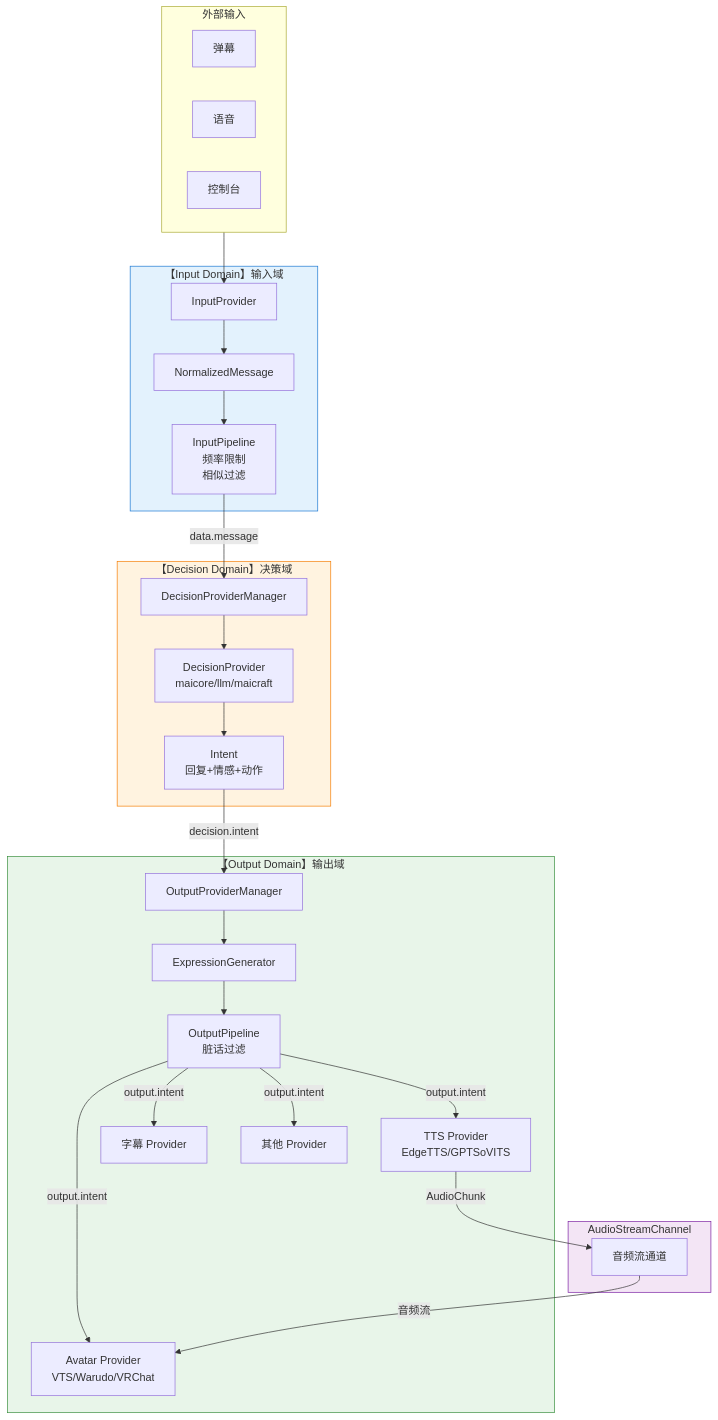
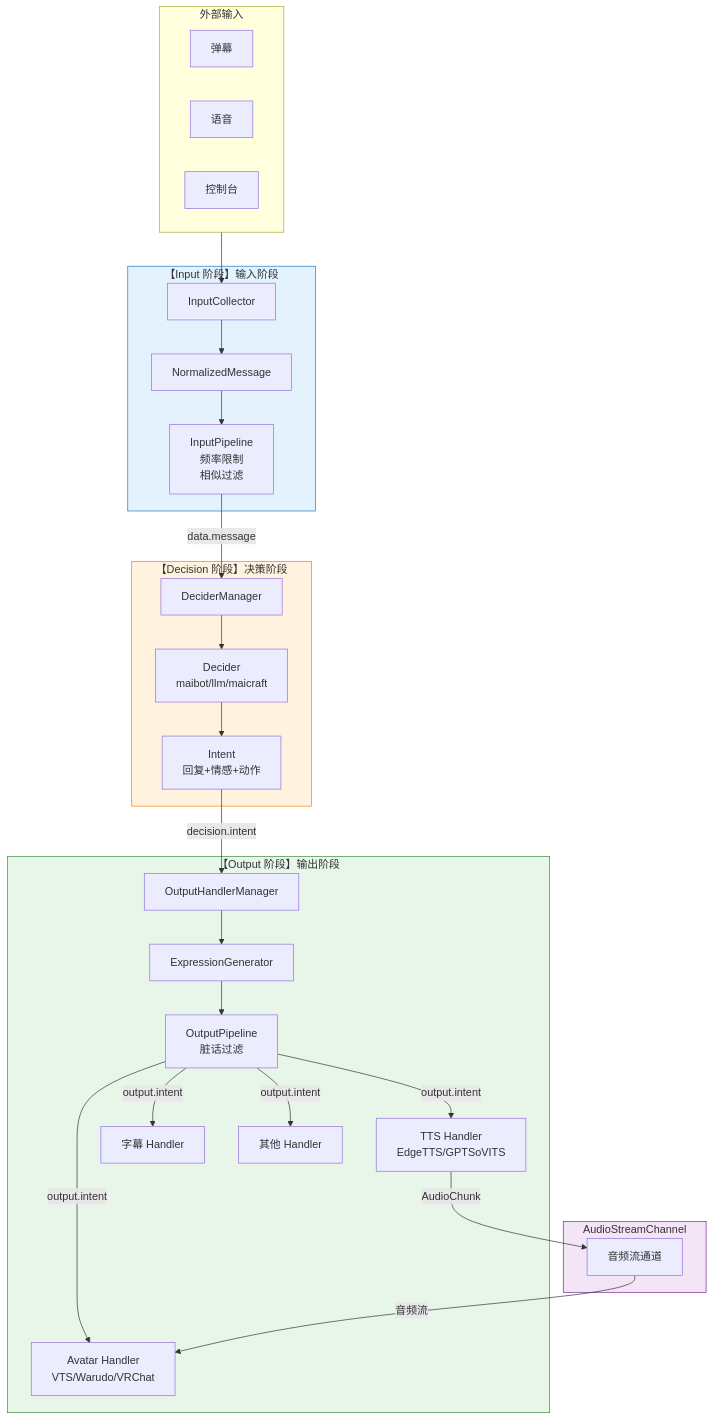
One commit to Mai-with-u/Amaidesu changed the second of 5 diagrams in docs/architecture/data-flow.md. Above: the diagram before and after it, drawn with Mermaid. The commit also changed other lines of this file and 169 other files, not shown here.

First line of the commit message:
重构: 移除 Provider 抽象层，改名为 Collector/Decider/Handler

````diff
--- a/docs/architecture/data-flow.md
+++ b/docs/architecture/data-flow.md
@@ -433,56 +433,56 @@
 ```mermaid
 flowchart TB
     subgraph External["外部输入"]
         D[弹幕]
         V[语音]
         C[控制台]
     end
 
-    subgraph Input["【Input Domain】输入域"]
-        IP[InputProvider]
+    subgraph Input["【Input 阶段】输入阶段"]
+        IP[InputCollector]
         NM[NormalizedMessage]
         Pipeline[InputPipeline<br/>频率限制<br/>相似过滤]
     end
 
-    subgraph Decision["【Decision Domain】决策域"]
-        DM[DecisionProviderManager]
-        DP[DecisionProvider<br/>maicore/llm/maicraft]
+    subgraph Decision["【Decision 阶段】决策阶段"]
+        DM[DeciderManager]
+        DP[Decider<br/>maibot/llm/maicraft]
         Intent[Intent<br/>回复+情感+动作]
     end
 
-    subgraph Output["【Output Domain】输出域"]
-        OPM[OutputProviderManager]
+    subgraph Output["【Output 阶段】输出阶段"]
+        OPM[OutputHandlerManager]
         EG[ExpressionGenerator]
         OPipeline[OutputPipeline<br/>脏话过滤]
-        TTS[TTS Provider<br/>EdgeTTS/GPTSoVITS]
-        Sub[字幕 Provider]
-        Avatar[Avatar Provider<br/>VTS/Warudo/VRChat]
-        Other[其他 Provider]
+        TTS[TTS Handler<br/>EdgeTTS/GPTSoVITS]
+        Sub[字幕 Handler]
+        Avatar[Avatar Handler<br/>VTS/Warudo/VRChat]
+        Other[其他 Handler]
     end
 
     subgraph AudioStream["AudioStreamChannel"]
         ASC[音频流通道]
     end
 
     External --> IP
     IP --> NM
     NM --> Pipeline
     Pipeline -->|data.message| DM
     DM --> DP
     DP --> Intent
     Intent -->|decision.intent| OPM
     OPM --> EG
     EG --> OPipeline
     OPipeline -->|output.intent| TTS
     OPipeline -->|output.intent| Sub
     OPipeline -->|output.intent| Avatar
     OPipeline -->|output.intent| Other
 
     TTS -->|AudioChunk| ASC
     ASC -->|音频流| Avatar
 
     style Input fill:#e3f2fd,stroke:#1976d2
     style Decision fill:#fff3e0,stroke:#f57c00
     style Output fill:#e8f5e9,stroke:#388e3c
     style AudioStream fill:#f3e5f5,stroke:#7b1fa2
 ```
````
